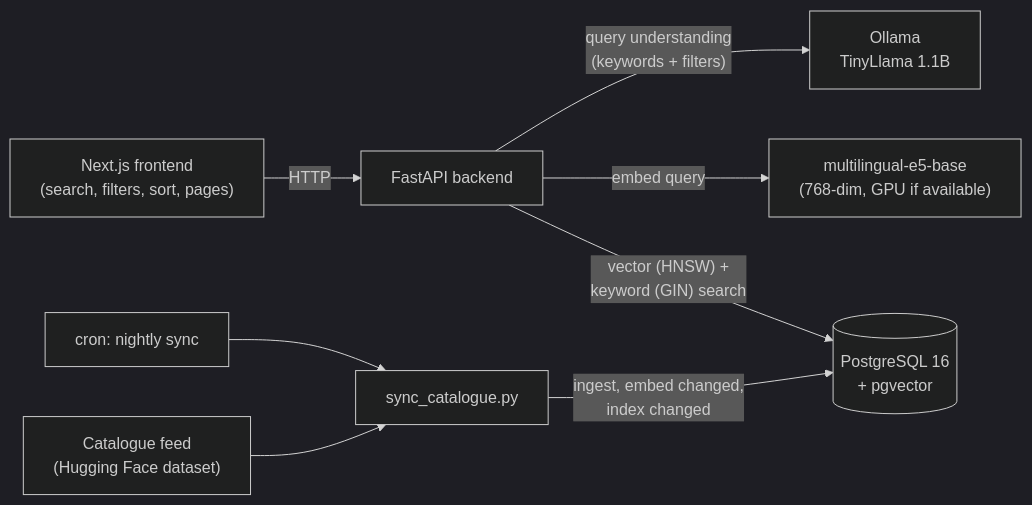
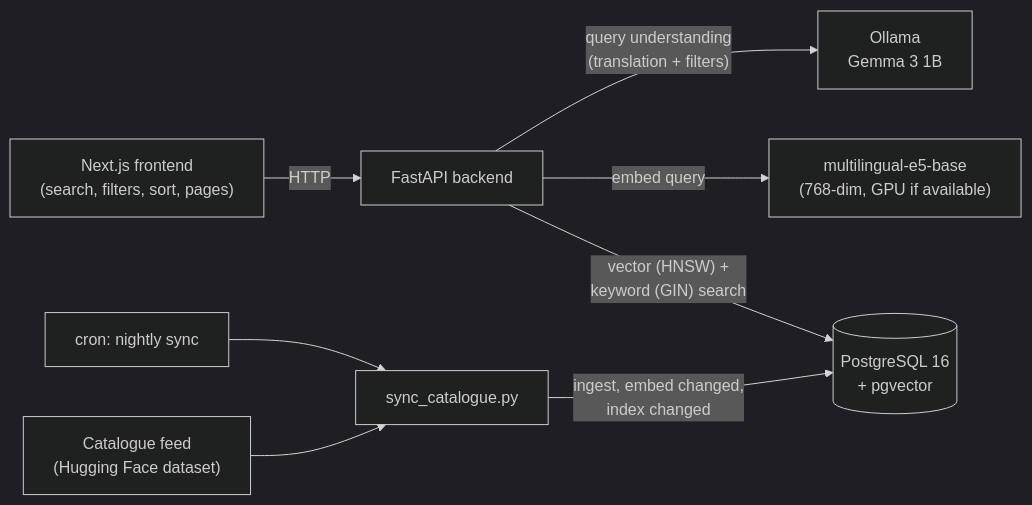
Before and after one commit to anan-yaa/semantic-fashion-rec: the first of 2 diagrams in README.md, drawn with Mermaid (dark theme). The commit also changed other lines of this file and 112 other files, not shown here.

````diff
--- a/README.md
+++ b/README.md
@@ -19,10 +19,10 @@
 ```mermaid
 flowchart LR
     UI["Next.js frontend<br/>(search, filters, sort, pages)"] -->|HTTP| API["FastAPI backend"]
-    API -->|"query understanding<br/>(keywords + filters)"| LLM["Ollama<br/>TinyLlama 1.1B"]
+    API -->|"query understanding<br/>(translation + filters)"| LLM["Ollama<br/>Gemma 3 1B"]
     API -->|embed query| E5["multilingual-e5-base<br/>(768-dim, GPU if available)"]
     API -->|"vector (HNSW) +<br/>keyword (GIN) search"| DB[("PostgreSQL 16<br/>+ pgvector")]
     CRON["cron: nightly sync"] --> SYNC["sync_catalogue.py"]
     FEED["Catalogue feed<br/>(Hugging Face dataset)"] --> SYNC
     SYNC -->|"ingest, embed changed,<br/>index changed"| DB
 ```
````
